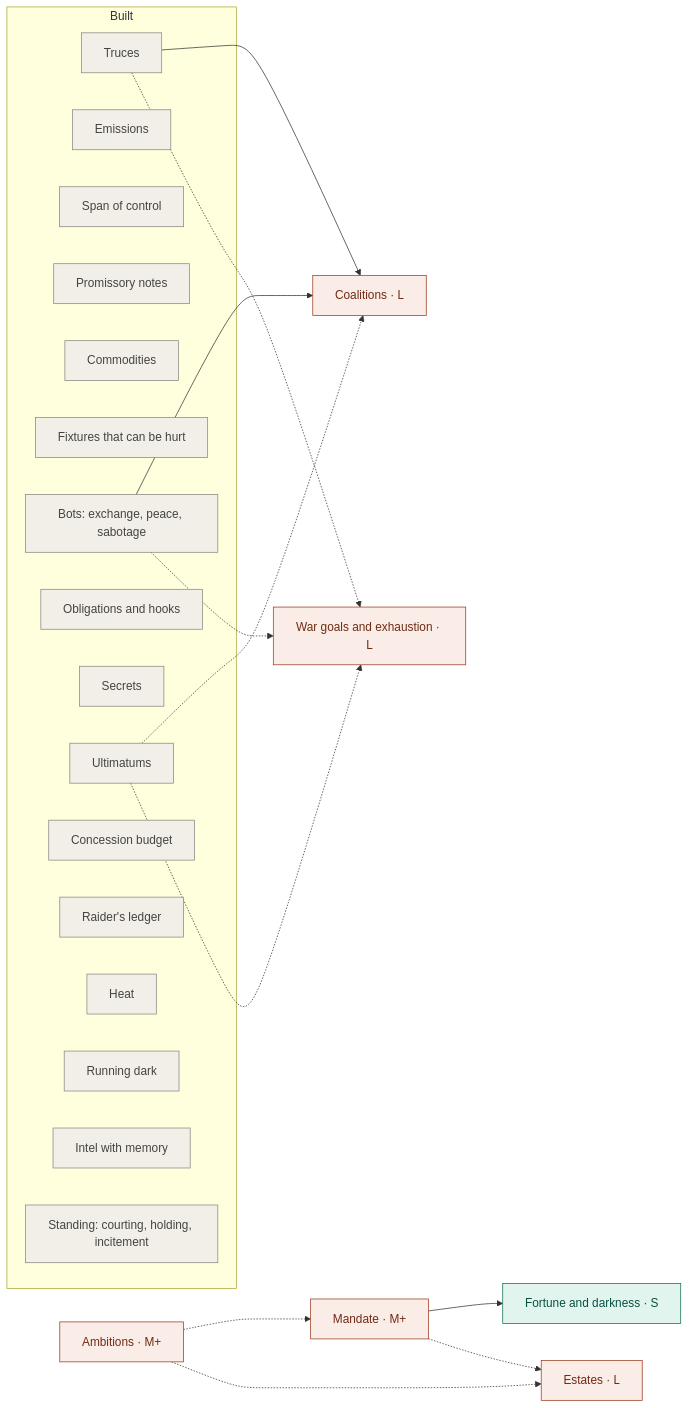
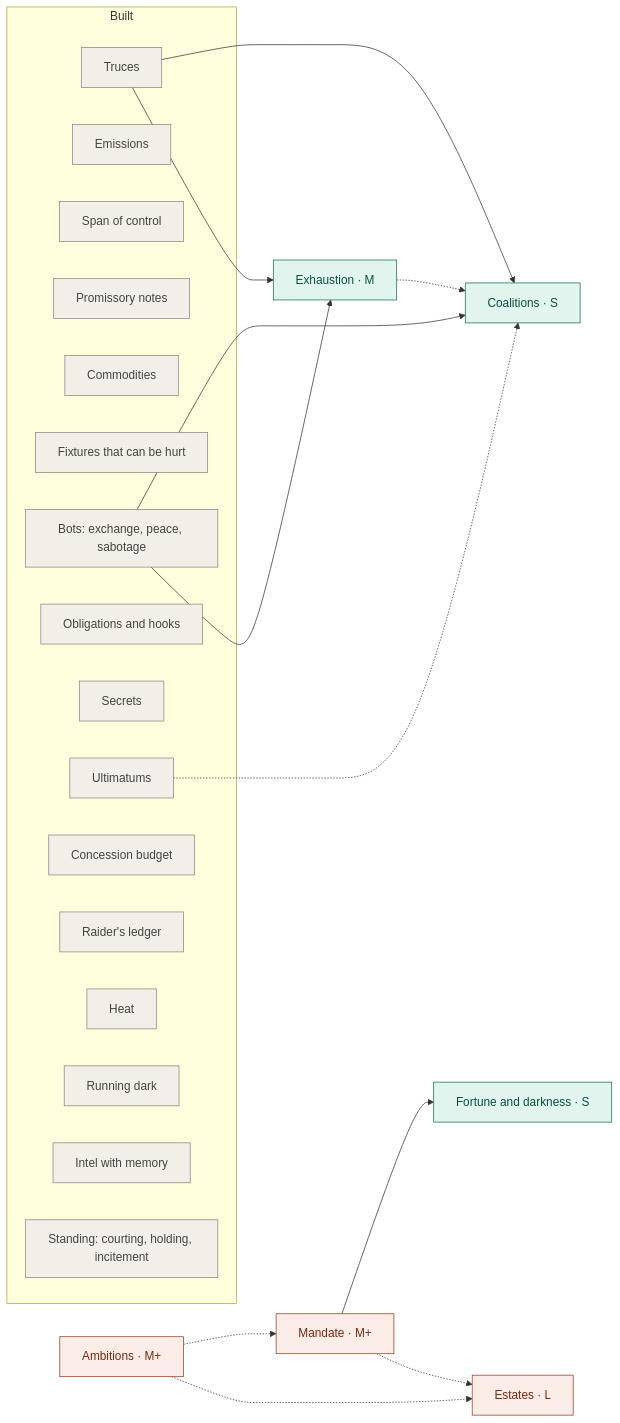
The diagram in docs/brainstorm-2026-10-02.md (1adityashetty1/paxgalactica), drawn with Mermaid before and after one commit. The commit also changed other lines of this file, not shown here.

First line of the commit message:
Build graph: war goals dropped; coalitions and exhaustion restated as extensions

````diff
--- a/docs/brainstorm-2026-10-02.md
+++ b/docs/brainstorm-2026-10-02.md
@@ -623,35 +654,35 @@
 ```mermaid
 flowchart LR
   classDef light fill:#E1F5EE,stroke:#0F6E56,color:#085041
   classDef heavy fill:#FAECE7,stroke:#993C1D,color:#712B13
   classDef done fill:#F1EFE8,stroke:#888780,color:#444441
 
   subgraph built["Built"]
     truces["Truces"]:::done
     emissions["Emissions"]:::done
     span["Span of control"]:::done
     notes["Promissory notes"]:::done
     commodities["Commodities"]:::done
     fixtures["Fixtures that can be hurt"]:::done
     accords["Bots: exchange, peace, sabotage"]:::done
     obligations["Obligations and hooks"]:::done
     secrets["Secrets"]:::done
     ultimatums["Ultimatums"]:::done
     concession["Concession budget"]:::done
     ledger["Raider's ledger"]:::done
     heat["Heat"]:::done
     dark["Running dark"]:::done
     intel["Intel with memory"]:::done
     courting["Standing: courting, holding, incitement"]:::done
   end
 
-  truces --> coalitions["Coalitions · L"]:::heavy
+  truces --> coalitions["Coalitions · S"]:::light
   accords --> coalitions
   ultimatums -.-> coalitions
-  truces -.-> wargoals["War goals and exhaustion · L"]:::heavy
-  accords -.-> wargoals
-  ultimatums -.-> wargoals
+  truces --> exhaustion["Exhaustion · M"]:::light
+  accords --> exhaustion
+  exhaustion -.-> coalitions
   ambitions["Ambitions · M+"]:::heavy -.-> mandate["Mandate · M+"]:::heavy --> fortune["Fortune and darkness · S"]:::light
   ambitions -.-> estates["Estates · L"]:::heavy
   mandate -.-> estates
 ```
````
